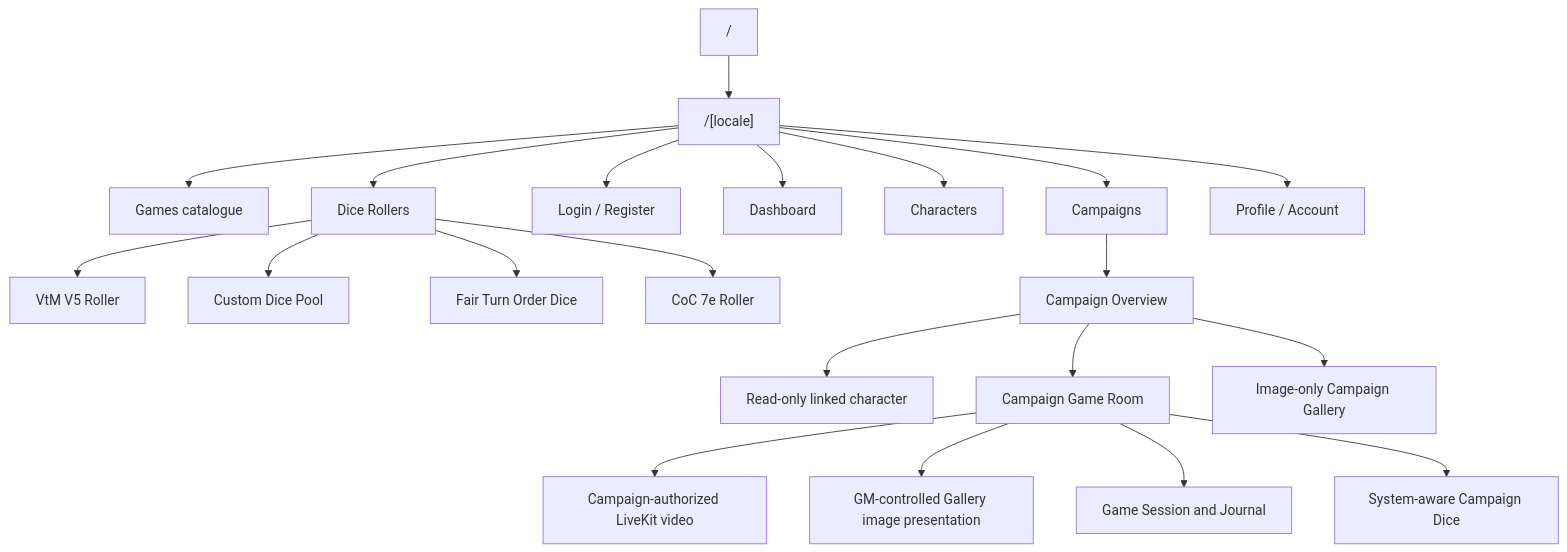
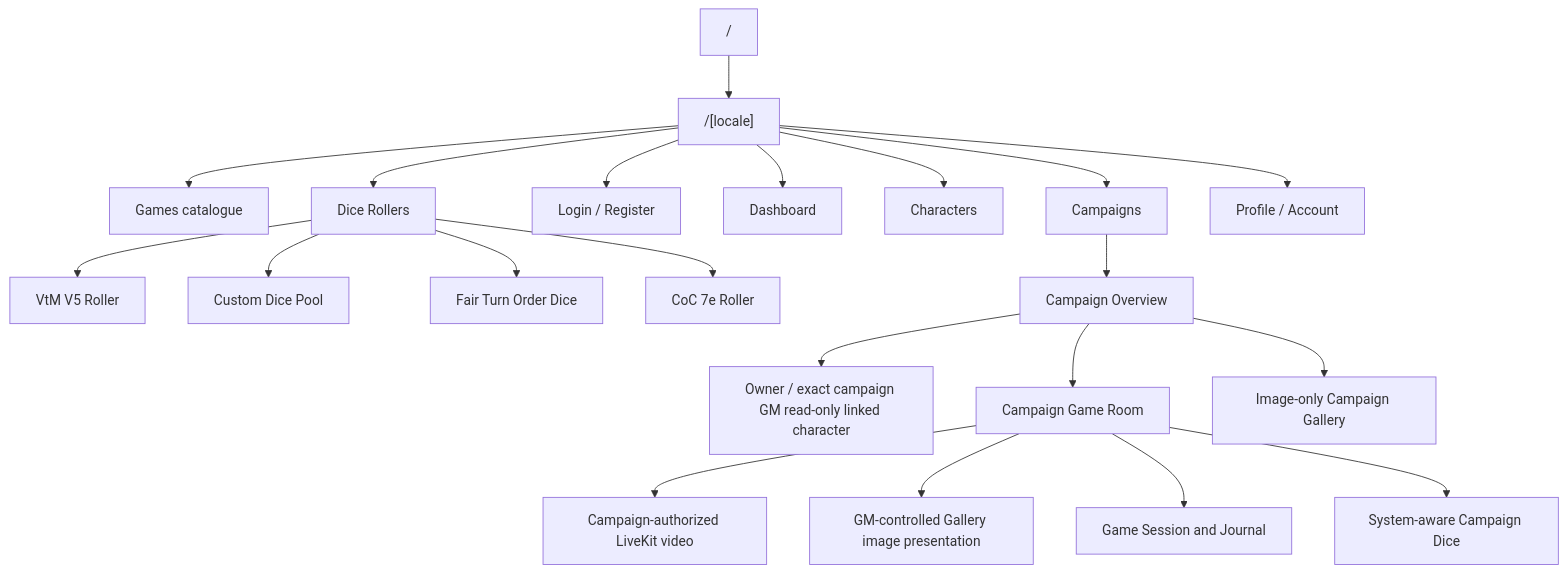
The first of 2 diagrams in docs/product/SITE_MAP.md (Andrey-0101/ttrpg-website), drawn with Mermaid before and after one commit. The commit also changed other lines of this file and 35 other files, not shown here.

Commit message:
Simplify character access to owner and assigned campaign GM (#69)

````diff
--- a/docs/product/SITE_MAP.md
+++ b/docs/product/SITE_MAP.md
@@ -9,23 +9,23 @@
 ```mermaid
 flowchart TD
     ROOT["/"] --> LOCALE["/[locale]"]
     LOCALE --> GAMES["Games catalogue"]
     LOCALE --> DICE["Dice Rollers"]
     LOCALE --> AUTH["Login / Register"]
     LOCALE --> DASHBOARD["Dashboard"]
     LOCALE --> CHARACTERS["Characters"]
     LOCALE --> CAMPAIGNS["Campaigns"]
     LOCALE --> PROFILE["Profile / Account"]
     DICE --> VTM_DICE["VtM V5 Roller"]
     DICE --> CUSTOM_DICE["Custom Dice Pool"]
     DICE --> GO_FIRST_DICE["Fair Turn Order Dice"]
     DICE --> COC_DICE["CoC 7e Roller"]
     CAMPAIGNS --> CAMPAIGN["Campaign Overview"]
-    CAMPAIGN --> SHARED_CHARACTER["Read-only linked character"]
+    CAMPAIGN --> SHARED_CHARACTER["Owner / exact campaign GM read-only linked character"]
     CAMPAIGN --> GAME_ROOM["Campaign Game Room"]
     CAMPAIGN --> GALLERY["Image-only Campaign Gallery"]
     GAME_ROOM --> VIDEO["Campaign-authorized LiveKit video"]
     GAME_ROOM --> DISPLAY["GM-controlled Gallery image presentation"]
     GAME_ROOM --> SESSION["Game Session and Journal"]
     GAME_ROOM --> SYSTEM_DICE["System-aware Campaign Dice"]
 ```
````
